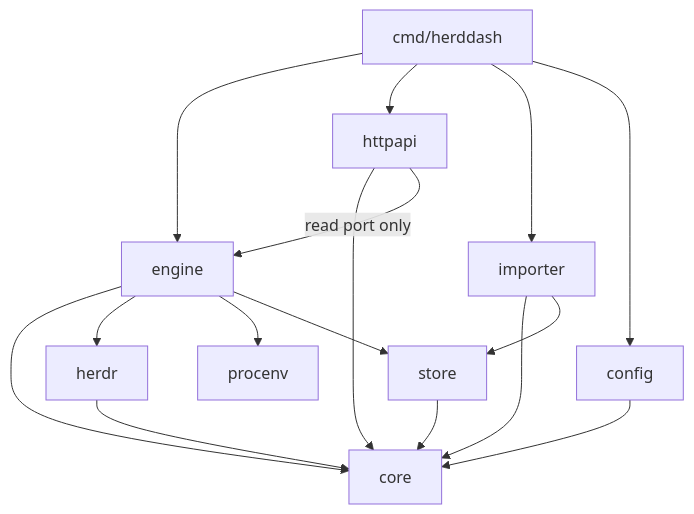
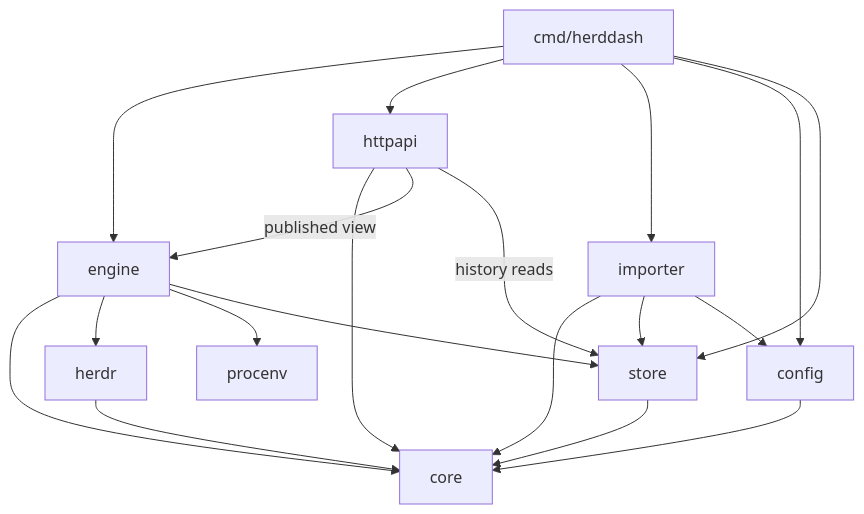
The first of 3 diagrams in docs/planning/architecture/architecture-herddash-2026-10-14/ARCHITECTURE-SPINE.md (vilosource/herddash), drawn with Mermaid before and after one commit. The commit also changed other lines of this file and 19 other files, not shown here.

First line of the commit message:
docs(architecture): finalize the architecture spine and ADRs 0004 to 0007

````diff
--- a/docs/planning/architecture/architecture-herddash-2026-10-14/ARCHITECTURE-SPINE.md
+++ b/docs/planning/architecture/architecture-herddash-2026-10-14/ARCHITECTURE-SPINE.md
@@ -47,18 +46,21 @@
 ```mermaid
 graph TD
   cmd[cmd/herddash] --> engine
   cmd --> httpapi
   cmd --> importer
   cmd --> config
+  cmd --> store
   engine --> core
   engine --> herdr
   engine --> procenv
   engine --> store
   httpapi --> core
-  httpapi -->|read port only| engine
+  httpapi -->|published view| engine
+  httpapi -->|history reads| store
   importer --> core
   importer --> store
+  importer --> config
   store --> core
   herdr --> core
   config --> core
 ```
````
